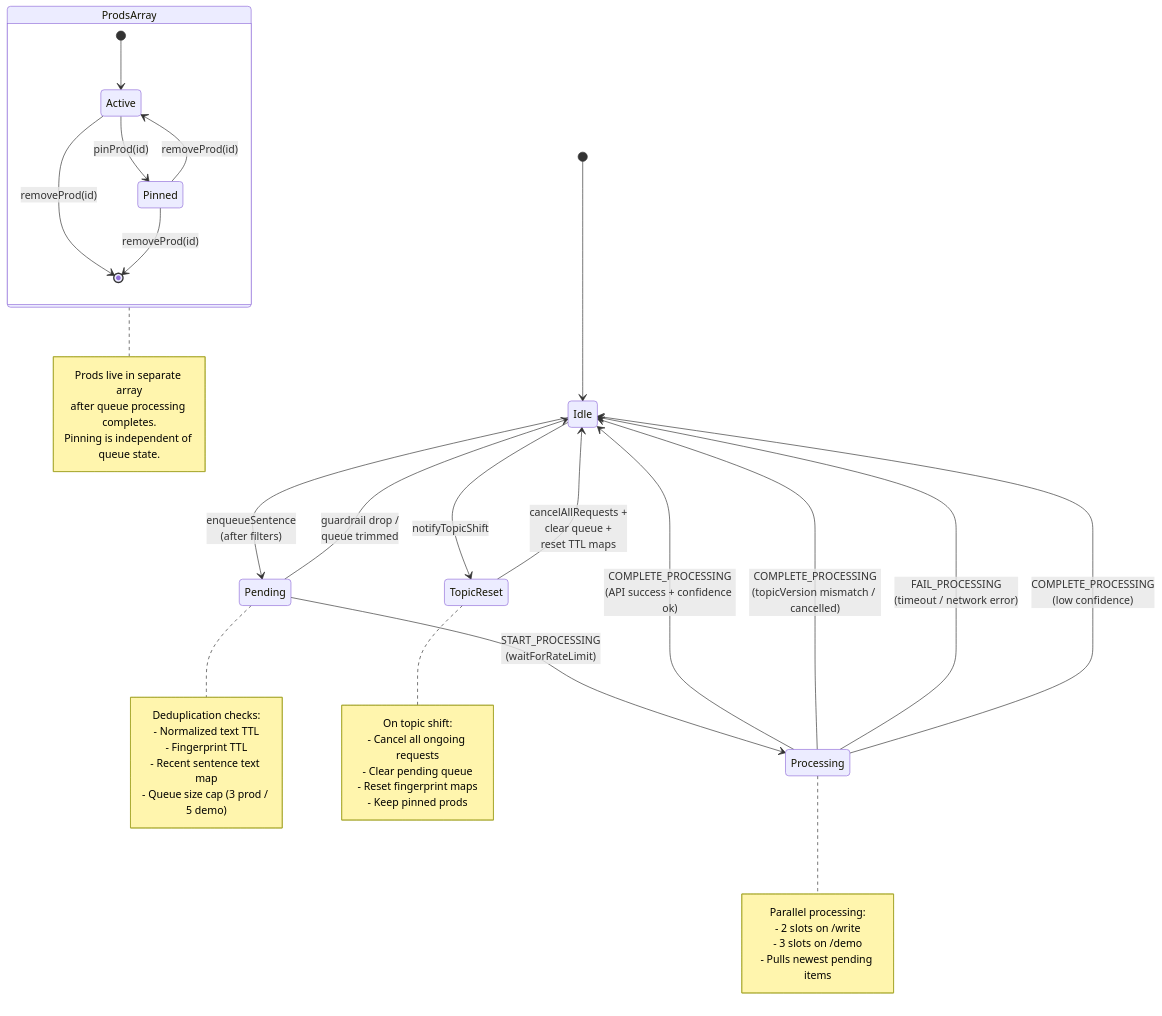
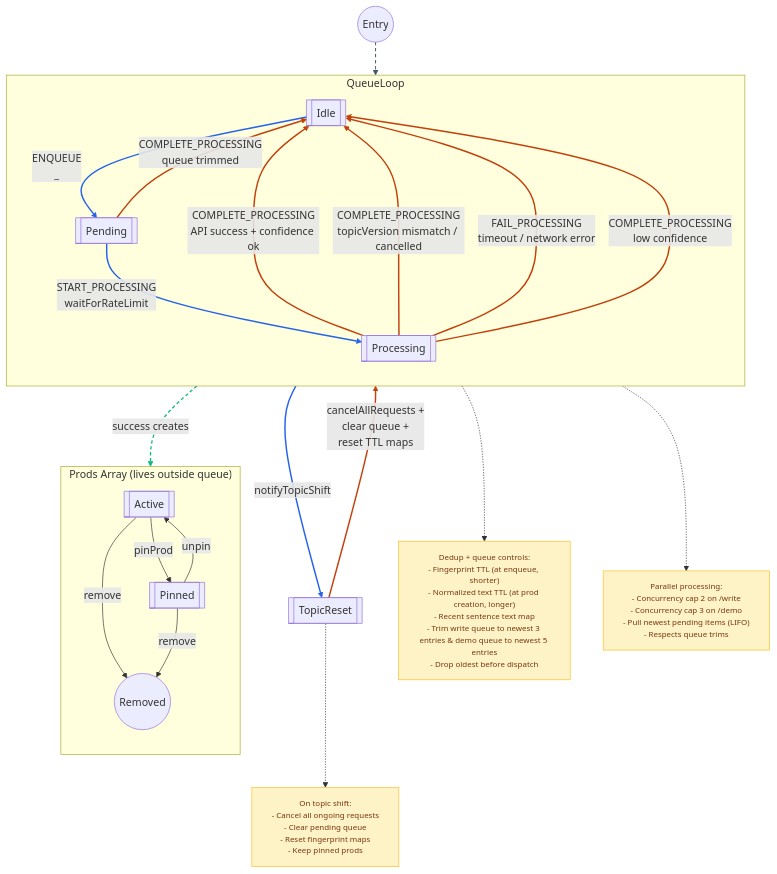
One commit to andreicstoica/refract changed the diagram in docs/diagrams/prod-queue.mmd. Above: the diagram before and after it, drawn with Mermaid. The commit also changed 4 other files, not shown here.

```diff
--- a/docs/diagrams/prod-queue.mmd
+++ b/docs/diagrams/prod-queue.mmd
@@ -1,52 +1,51 @@
-stateDiagram-v2
-  [*] --> Idle
+flowchart TB
+  classDef note fill:#fef3c7,color:#78350f,stroke:#fbbf24,font-size:12px;
+
+  subgraph QueueLoop [QueueLoop]
+    direction TB
+    Idle[[Idle]]
+    Pending[[Pending]]
+    Processing[[Processing]]
+  end
+
+  TopicReset[[TopicReset]]
+
+  Entry((Entry)) --> Idle
+  Idle -->|ENQUEUE<br>_| Pending
+  Pending -->|COMPLETE_PROCESSING<br>queue trimmed| Idle
+  Pending -->|START_PROCESSING<br>waitForRateLimit| Processing
+  Processing -->|COMPLETE_PROCESSING<br>API success + confidence ok| Idle
+  Processing -->|COMPLETE_PROCESSING<br>topicVersion mismatch / cancelled| Idle
+  Processing -->|FAIL_PROCESSING<br>timeout / network error| Idle
+  Processing -->|COMPLETE_PROCESSING<br>low confidence| Idle
+  Idle -->|notifyTopicShift| TopicReset
+  TopicReset -->|cancelAllRequests +<br>clear queue +<br>reset TTL maps| Idle
+  Processing -.->|success creates| ProdsActive
+
+  linkStyle 0 stroke:#475569,stroke-width:1.5px,stroke-dasharray:5 4;
+  linkStyle 1 stroke:#2563eb,stroke-width:2.2px;
+  linkStyle 2 stroke:#c2410c,stroke-width:2.2px;
+  linkStyle 3 stroke:#2563eb,stroke-width:2.2px;
+  linkStyle 4 stroke:#c2410c,stroke-width:2.2px;
+  linkStyle 5 stroke:#c2410c,stroke-width:2.2px;
+  linkStyle 6 stroke:#c2410c,stroke-width:2.2px;
+  linkStyle 7 stroke:#c2410c,stroke-width:2.2px;
+  linkStyle 8 stroke:#2563eb,stroke-width:2.2px;
+  linkStyle 9 stroke:#c2410c,stroke-width:2.2px;
+  linkStyle 10 stroke:#10b981,stroke-width:2px,stroke-dasharray:5 4;
+
+  Pending -.-> PendingNote["Dedup + queue controls:<br>- Fingerprint TTL (at enqueue, shorter)<br>- Normalized text TTL (at prod creation, longer)<br>- Recent sentence text map<br>- Trim write queue to newest 3 entries & demo queue to newest 5 entries<br>- Drop oldest before dispatch"]:::note
   
-  Idle --> Pending : enqueueSentence<br/>(after filters)
+  Processing -.-> ProcessingNote["Parallel processing:<br>- Concurrency cap 2 on /write<br>- Concurrency cap 3 on /demo<br>- Pull newest pending items (LIFO)<br>- Respects queue trims"]:::note
   
-  Pending --> Idle : guardrail drop /<br/>queue trimmed
-  Pending --> Processing : START_PROCESSING<br/>(waitForRateLimit)
-  
-  Processing --> Idle : COMPLETE_PROCESSING<br/>(API success + confidence ok)
-  Processing --> Idle : COMPLETE_PROCESSING<br/>(topicVersion mismatch / cancelled)
-  Processing --> Idle : FAIL_PROCESSING<br/>(timeout / network error)
-  Processing --> Idle : COMPLETE_PROCESSING<br/>(low confidence)
-  
-  note right of Pending
-    Deduplication checks:
-    - Normalized text TTL
-    - Fingerprint TTL
-    - Recent sentence text map
-    - Queue size cap (3 prod / 5 demo)
-  end note
-  
-  note right of Processing
-    Parallel processing:
-    - 2 slots on /write
-    - 3 slots on /demo
-    - Pulls newest pending items
-  end note
-  
-  Idle --> TopicReset : notifyTopicShift
-  TopicReset --> Idle : cancelAllRequests +<br/>clear queue +<br/>reset TTL maps
-  
-  note right of TopicReset
-    On topic shift:
-    - Cancel all ongoing requests
-    - Clear pending queue
-    - Reset fingerprint maps
-    - Keep pinned prods
-  end note
+  TopicReset -.-> TopicNote["On topic shift:<br>- Cancel all ongoing requests<br>- Clear pending queue<br>- Reset fingerprint maps<br>- Keep pinned prods"]:::note
 
-  state ProdsArray {
-    [*] --> Active
-    Active --> Pinned : pinProd(id)
-    Pinned --> Active : removeProd(id)
-    Active --> [*] : removeProd(id)
-    Pinned --> [*] : removeProd(id)
-  }
-  
-  note right of ProdsArray
-    Prods live in separate array
-    after queue processing completes.
-    Pinning is independent of queue state.
-  end note
+  subgraph ProdsArray ["Prods Array (lives outside queue)"]
+    direction TB
+    ProdsActive[[Active]]
+    ProdsPinned[[Pinned]]
+    ProdsActive -->|pinProd| ProdsPinned
+    ProdsPinned -->|unpin| ProdsActive
+    ProdsActive -->|remove| ProdsEnd((Removed))
+    ProdsPinned -->|remove| ProdsEnd
+  end
```
